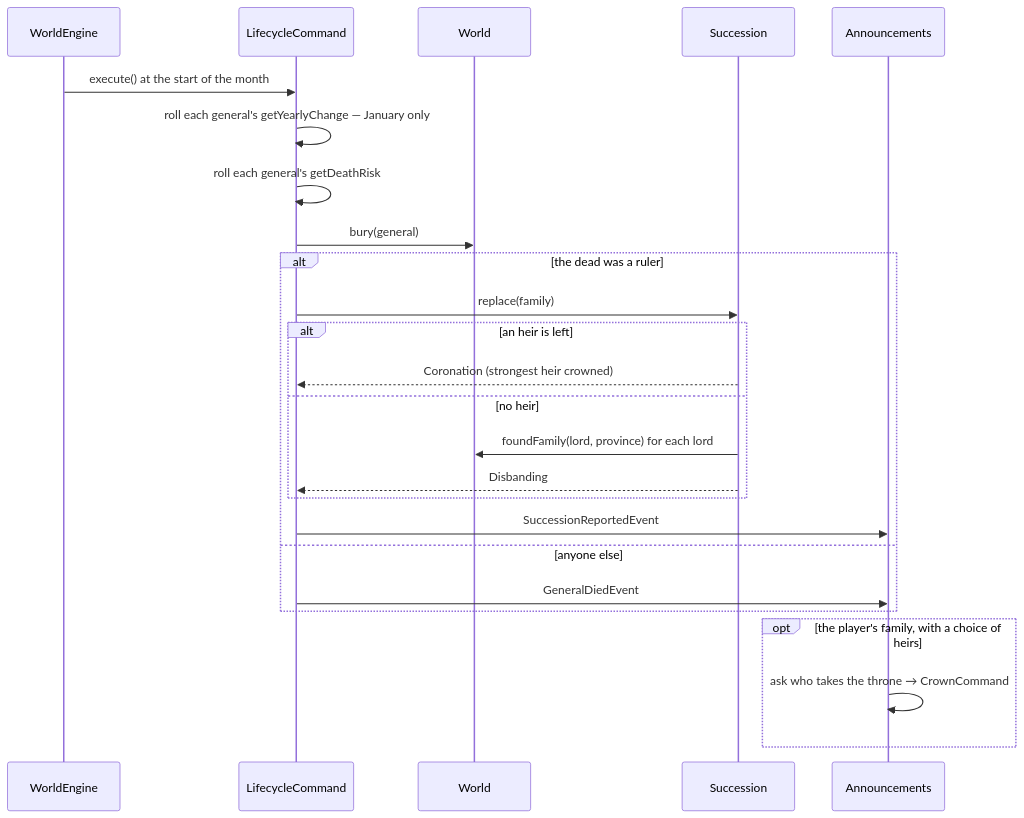
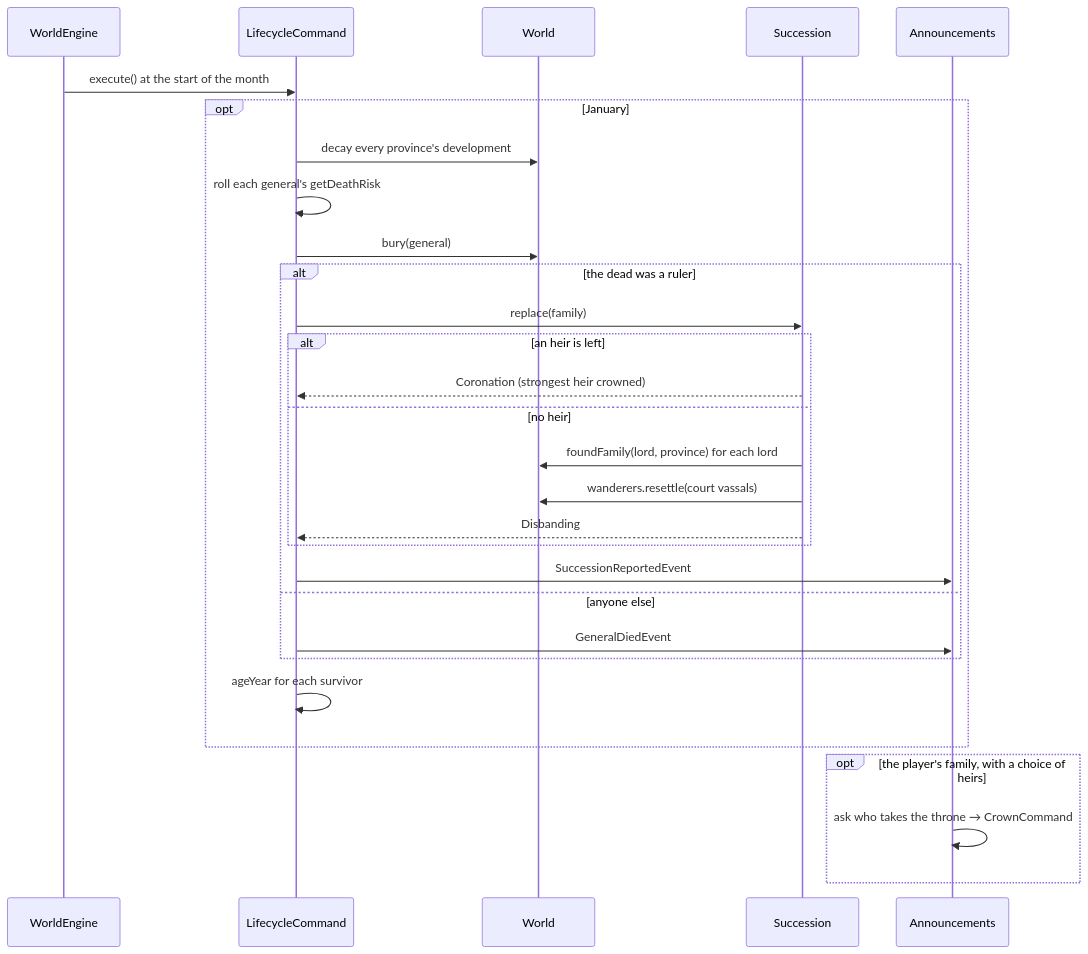
The third of 3 diagrams in gemstorm/docs/design/11-character-lifecycle.md (pslotinsky/kunstkamera), drawn with Mermaid before and after one commit. The commit also changed other lines of this file and 19 other files, not shown here.

````diff
--- a/gemstorm/docs/design/11-character-lifecycle.md
+++ b/gemstorm/docs/design/11-character-lifecycle.md
@@ -164,28 +174,32 @@
 ```mermaid
 sequenceDiagram
   participant Engine as WorldEngine
   participant Life as LifecycleCommand
   participant World
   participant Succession
   participant News as Announcements
 
   Engine->>Life: execute() at the start of the month
-  Life->>Life: roll each general's getYearlyChange — January only
-  Life->>Life: roll each general's getDeathRisk
-  Life->>World: bury(general)
-  alt the dead was a ruler
-    Life->>Succession: replace(family)
-    alt an heir is left
-      Succession-->>Life: Coronation (strongest heir crowned)
-    else no heir
-      Succession->>World: foundFamily(lord, province) for each lord
-      Succession-->>Life: Disbanding
+  opt January
+    Life->>World: decay every province's development
+    Life->>Life: roll each general's getDeathRisk
+    Life->>World: bury(general)
+    alt the dead was a ruler
+      Life->>Succession: replace(family)
+      alt an heir is left
+        Succession-->>Life: Coronation (strongest heir crowned)
+      else no heir
+        Succession->>World: foundFamily(lord, province) for each lord
+        Succession->>World: wanderers.resettle(court vassals)
+        Succession-->>Life: Disbanding
+      end
+      Life->>News: SuccessionReportedEvent
+    else anyone else
+      Life->>News: GeneralDiedEvent
     end
-    Life->>News: SuccessionReportedEvent
-  else anyone else
-    Life->>News: GeneralDiedEvent
+    Life->>Life: ageYear for each survivor
   end
   opt the player's family, with a choice of heirs
     News->>News: ask who takes the throne → CrownCommand
   end
 ```
````
